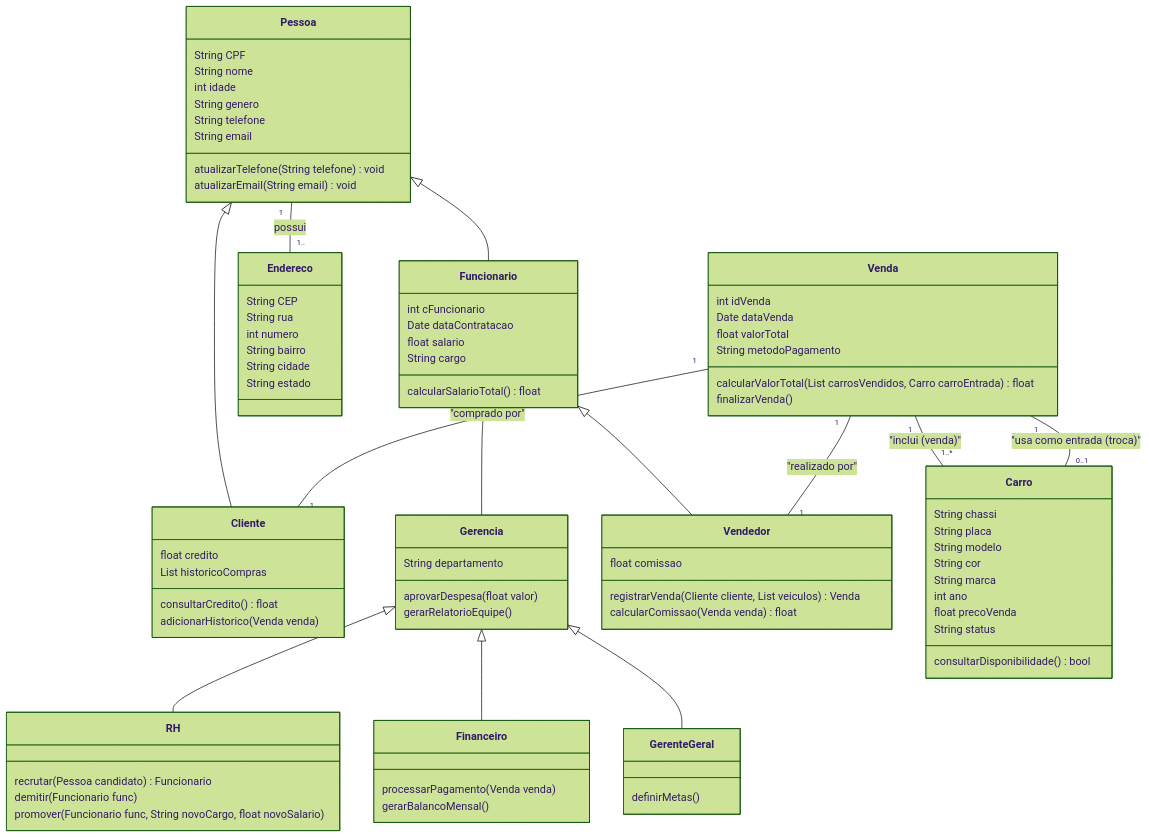
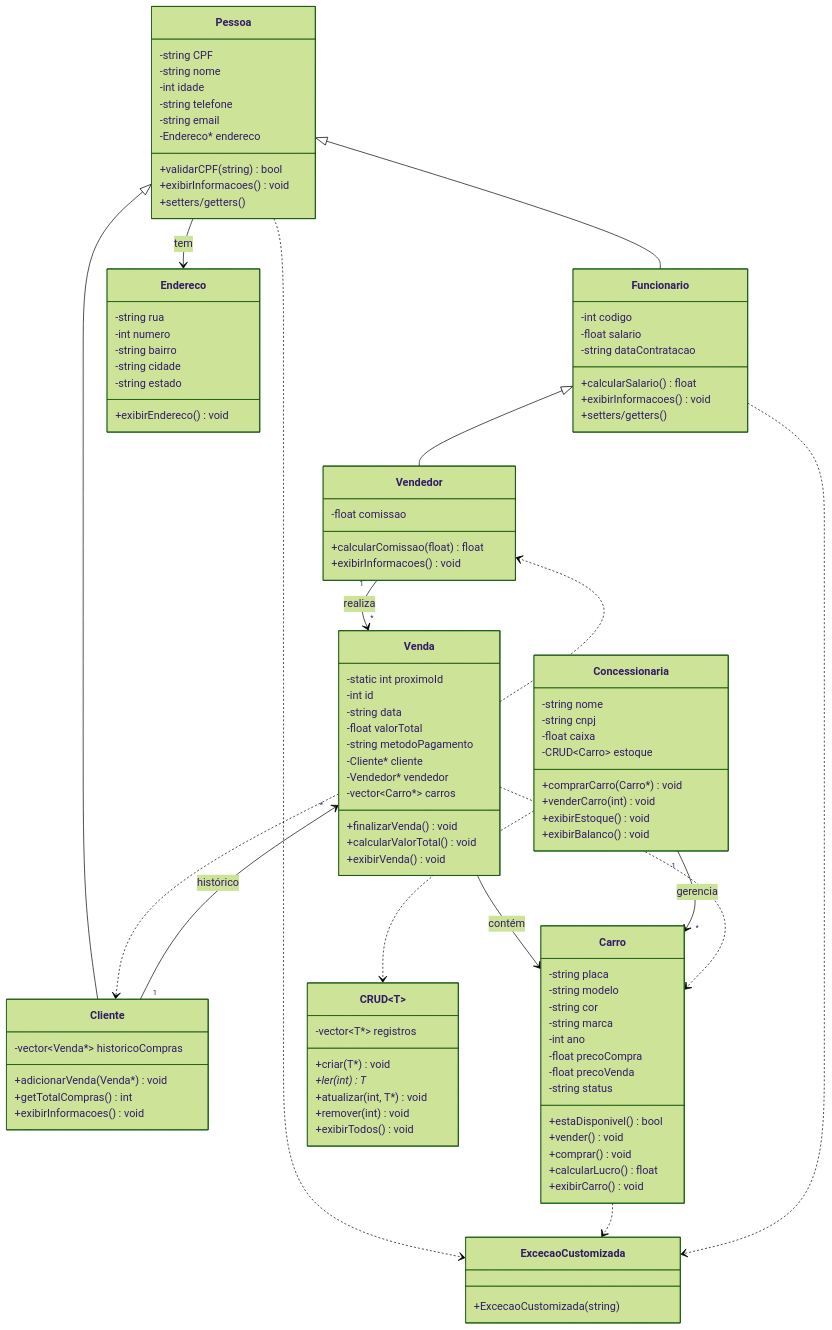
Before and after one commit to alvaro-henrique/loja-de-carros: the diagram in suports/UML.md, drawn with Mermaid (forest theme). The commit also changed 8 other files, not shown here.

````diff
--- a/suports/UML.md
+++ b/suports/UML.md
@@ -1,100 +1,116 @@
 ```mermaid
 classDiagram
-    Pessoa <|-- Funcionario
-    Pessoa <|-- Cliente
-    Funcionario <|-- Gerencia
-    Funcionario <|-- Vendedor
-    Gerencia <|-- RH
-    Gerencia <|-- Financeiro
-    Gerencia <|-- GerenteGeral
+direction TB
+    class Pessoa {
+	    -string CPF
+	    -string nome
+	    -int idade
+	    -string telefone
+	    -string email
+	    -Endereco* endereco
+	    +validarCPF(string) bool
+	    +exibirInformacoes() void
+	    +setters/getters()
+    }
 
-    Pessoa "1" -- "1.." Endereco : possui
+    class Funcionario {
+	    -int codigo
+	    -float salario
+	    -string dataContratacao
+	    +calcularSalario() float
+	    +exibirInformacoes() void
+	    +setters/getters()
+    }
 
-    Venda "1" -- "1" Cliente : "comprado por"
-    Venda "1" -- "1" Vendedor : "realizado por"
-    Venda "1" -- "1..*" Carro : "inclui (venda)"
-    Venda "1" -- "0..1" Carro : "usa como entrada (troca)"
+    class Cliente {
+	    -vector~Venda*~ historicoCompras
+	    +adicionarVenda(Venda*) void
+	    +getTotalCompras() int
+	    +exibirInformacoes() void
+    }
 
-    class Pessoa {
-        String CPF
-        String nome
-        int idade
-        String genero
-        String telefone
-        String email
-        atualizarTelefone(String telefone) void
-        atualizarEmail(String email) void
+    class Vendedor {
+	    -float comissao
+	    +calcularComissao(float) float
+	    +exibirInformacoes() void
+    }
+
+    class Venda {
+	    -static int proximoId
+	    -int id
+	    -string data
+	    -float valorTotal
+	    -string metodoPagamento
+	    -Cliente* cliente
+	    -Vendedor* vendedor
+	    -vector~Carro*~ carros
+	    +finalizarVenda() void
+	    +calcularValorTotal() void
+	    +exibirVenda() void
+    }
+
+    class Carro {
+	    -string placa
+	    -string modelo
+	    -string cor
+	    -string marca
+	    -int ano
+	    -float precoCompra
+	    -float precoVenda
+	    -string status
+	    +estaDisponivel() bool
+	    +vender() void
+	    +comprar() void
+	    +calcularLucro() float
+	    +exibirCarro() void
+    }
+
+    class Concessionaria {
+	    -string nome
+	    -string cnpj
+	    -float caixa
+	    -CRUD~Carro~ estoque
+	    +comprarCarro(Carro*) void
+	    +venderCarro(int) void
+	    +exibirEstoque() void
+	    +exibirBalanco() void
     }
 
     class Endereco {
-        String CEP
-        String rua
-        int numero
-        String bairro
-        String cidade
-        String estado
+	    -string rua
+	    -int numero
+	    -string bairro
+	    -string cidade
+	    -string estado
+	    +exibirEndereco() void
     }
 
-    class Funcionario {
-        int cFuncionario
-        Date dataContratacao
-        float salario
-        String cargo
-        calcularSalarioTotal() float
+    class CRUD~T~ {
+	    -vector~T*~ registros
+	    +criar(T*) void
+	    +ler(int) T*
+	    +atualizar(int, T*) void
+	    +remover(int) void
+	    +exibirTodos() void
     }
 
-    class Cliente {
-        float credito
-        List<Venda> historicoCompras
-        consultarCredito() float
-        adicionarHistorico(Venda venda)
+    class ExcecaoCustomizada {
+	    +ExcecaoCustomizada(string)
     }
 
-    class Gerencia {
-        String departamento
-        aprovarDespesa(float valor)
-        gerarRelatorioEquipe()
-    }
-
-    class RH {
-        recrutar(Pessoa candidato) Funcionario
-        demitir(Funcionario func)
-        promover(Funcionario func, String novoCargo, float novoSalario)
-    }
-
-    class GerenteGeral {
-        definirMetas()
-    }
-
-    class Financeiro {
-        processarPagamento(Venda venda)
-        gerarBalancoMensal()
-    }
-
-    class Vendedor {
-        float comissao
-        registrarVenda(Cliente cliente, List<Carro> veiculos) Venda
-        calcularComissao(Venda venda) float
-    }
-
-    class Carro {
-        String chassi
-        String placa
-        String modelo
-        String cor
-        String marca
-        int ano
-        float precoVenda
-        String status
-        consultarDisponibilidade() bool
-    }
-
-    class Venda {
-        int idVenda
-        Date dataVenda
-        float valorTotal
-        String metodoPagamento
-        calcularValorTotal(List<Carro> carrosVendidos, Carro carroEntrada) float
-        finalizarVenda()
-    }
+    Pessoa <|-- Funcionario
+    Pessoa <|-- Cliente
+    Funcionario <|-- Vendedor
+    Cliente "1" --> "*" Venda : histórico
+    Vendedor "1" --> "*" Venda : realiza
+    Venda "" --> "" Carro : contém
+    Concessionaria "1" --> "*" Carro : gerencia
+    Pessoa --> Endereco : tem
+    Concessionaria ..> CRUD
+    Venda ..> Cliente
+    Venda ..> Vendedor
+    Venda ..> Carro
+    Pessoa ..> ExcecaoCustomizada
+    Carro ..> ExcecaoCustomizada
+    Funcionario ..> ExcecaoCustomizada
 ```
````
